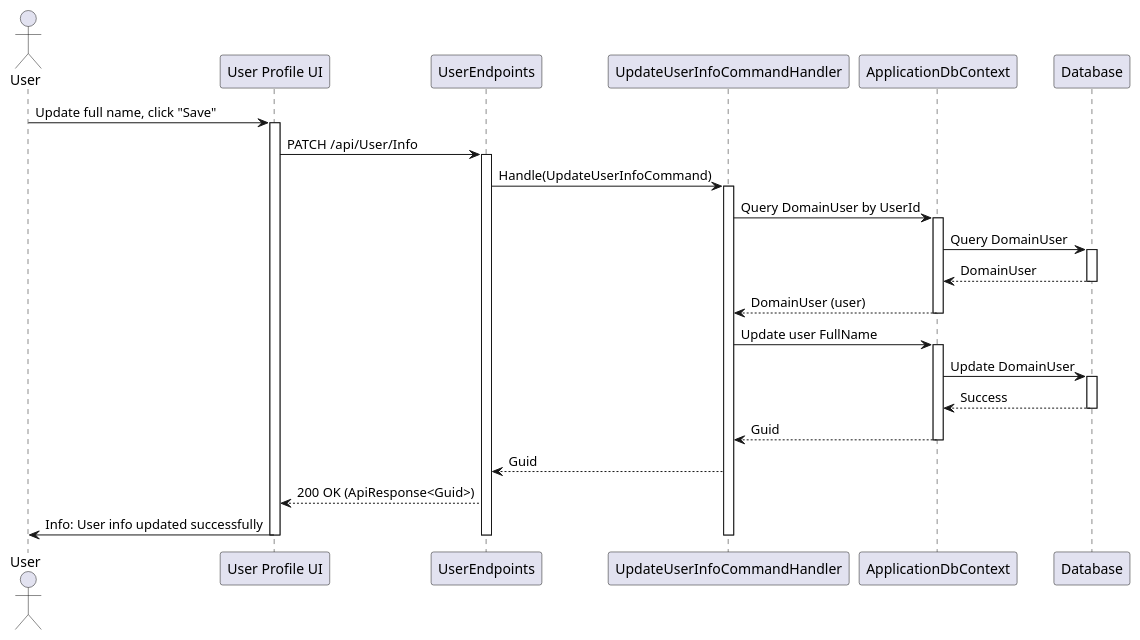
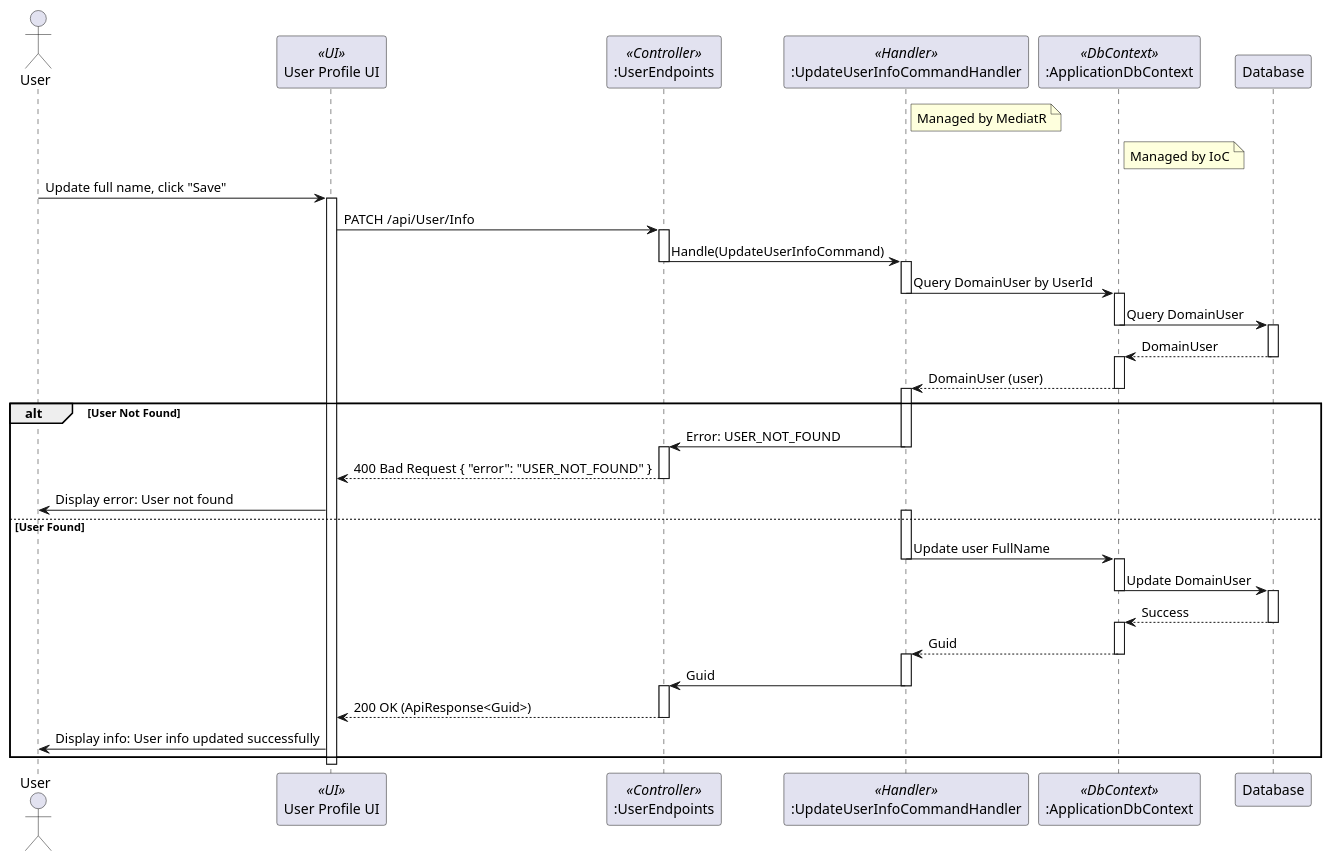
One commit to thanhkhac/SEP_Diagram changed the diagram in Users/Sequence/UpdateUserInfoCommand.puml. Above: the diagram before and after it, drawn with PlantUML. The commit also changed 23 other files, not shown here.

First line of the commit message:
Enhance sequence diagrams with detailed flow and roles

```diff
--- a/Users/Sequence/UpdateUserInfoCommand.puml
+++ b/Users/Sequence/UpdateUserInfoCommand.puml
@@ -1,37 +1,66 @@
 @startuml
 actor User
-participant "User Profile UI" as UI
-participant UserEndpoints
-participant UpdateUserInfoCommandHandler as Handler
-participant ApplicationDbContext
+participant "User Profile UI" as UI <<UI>>
+participant ":UserEndpoints" as UserEndpoints <<Controller>>
+participant ":UpdateUserInfoCommandHandler" as UpdateUserInfoCommandHandler <<Handler>>
+participant ":ApplicationDbContext" as ApplicationDbContext <<DbContext>>
 participant Database
+
+note right of UpdateUserInfoCommandHandler
+  Managed by MediatR
+end note
+
+note right of ApplicationDbContext
+  Managed by IoC
+end note
 
 User -> UI : Update full name, click "Save"
 activate UI
 UI -> UserEndpoints : PATCH /api/User/Info
 activate UserEndpoints
-UserEndpoints -> Handler : Handle(UpdateUserInfoCommand)
-activate Handler
-Handler -> ApplicationDbContext : Query DomainUser by UserId
+UserEndpoints -> UpdateUserInfoCommandHandler : Handle(UpdateUserInfoCommand)
+deactivate UserEndpoints
+activate UpdateUserInfoCommandHandler
+UpdateUserInfoCommandHandler -> ApplicationDbContext : Query DomainUser by UserId
+deactivate UpdateUserInfoCommandHandler
 activate ApplicationDbContext
 ApplicationDbContext -> Database : Query DomainUser
+deactivate ApplicationDbContext
 activate Database
 Database --> ApplicationDbContext : DomainUser
 deactivate Database
-ApplicationDbContext --> Handler : DomainUser (user)
+activate ApplicationDbContext
+ApplicationDbContext --> UpdateUserInfoCommandHandler : DomainUser (user)
 deactivate ApplicationDbContext
-Handler -> ApplicationDbContext : Update user FullName
-activate ApplicationDbContext
-ApplicationDbContext -> Database : Update DomainUser
-activate Database
-Database --> ApplicationDbContext : Success
-deactivate Database
-ApplicationDbContext --> Handler : Guid
-deactivate ApplicationDbContext
-Handler --> UserEndpoints : Guid
-UserEndpoints --> UI : 200 OK (ApiResponse<Guid>)
-UI -> User : Info: User info updated successfully
-deactivate Handler
-deactivate UserEndpoints
+activate UpdateUserInfoCommandHandler
+alt User Not Found
+    UpdateUserInfoCommandHandler -> UserEndpoints : Error: USER_NOT_FOUND
+    deactivate UpdateUserInfoCommandHandler
+    activate UserEndpoints
+    UserEndpoints --> UI : 400 Bad Request { "error": "USER_NOT_FOUND" }
+    deactivate UserEndpoints
+    UI -> User : Display error: User not found
+else User Found
+    activate UpdateUserInfoCommandHandler
+    UpdateUserInfoCommandHandler -> ApplicationDbContext : Update user FullName
+    deactivate UpdateUserInfoCommandHandler
+    activate ApplicationDbContext
+    ApplicationDbContext -> Database : Update DomainUser
+    deactivate ApplicationDbContext
+    activate Database
+    Database --> ApplicationDbContext : Success
+    deactivate Database
+    activate ApplicationDbContext
+    ApplicationDbContext --> UpdateUserInfoCommandHandler : Guid
+    deactivate ApplicationDbContext
+    activate UpdateUserInfoCommandHandler
+    UpdateUserInfoCommandHandler -> UserEndpoints : Guid
+    deactivate UpdateUserInfoCommandHandler
+    activate UserEndpoints
+    UserEndpoints --> UI : 200 OK (ApiResponse<Guid>)
+    deactivate UserEndpoints
+    UI -> User : Display info: User info updated successfully
+end
 deactivate UI
+
 @enduml
```
